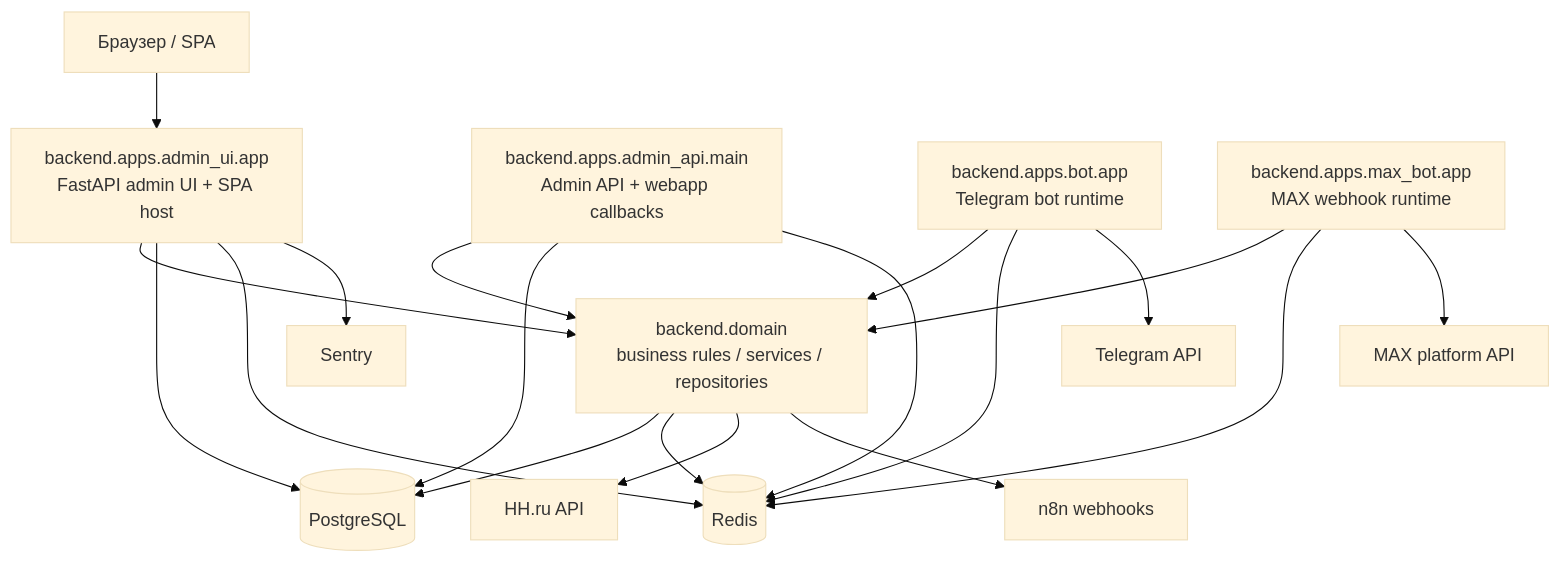
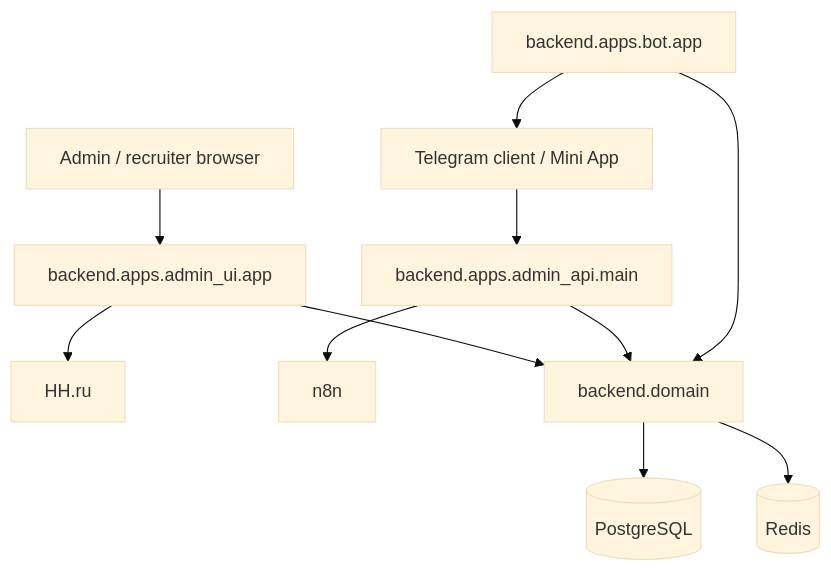
One commit to padka/HR changed the diagram in docs/architecture/overview.md. Above: the diagram before and after it, drawn with Mermaid (base theme). The commit also changed other lines of this file and 234 other files, not shown here.

Commit message:
feat(max): add bounded candidate runtime surfaces

````diff
--- a/docs/architecture/overview.md
+++ b/docs/architecture/overview.md
@@ -38,39 +36,25 @@
 ```mermaid
 flowchart TB
-    browser["Браузер / SPA"]
-    admin_ui["backend.apps.admin_ui.app<br/>FastAPI admin UI + SPA host"]
-    admin_api["backend.apps.admin_api.main<br/>Admin API + webapp callbacks"]
-    bot["backend.apps.bot.app<br/>Telegram bot runtime"]
-    max_bot["backend.apps.max_bot.app<br/>MAX webhook runtime"]
-    domain["backend.domain<br/>business rules / services / repositories"]
+    browser["Admin / recruiter browser"]
+    tg["Telegram client / Mini App"]
+    hh["HH.ru"]
+    n8n["n8n"]
+
+    admin_ui["backend.apps.admin_ui.app"]
+    admin_api["backend.apps.admin_api.main"]
+    bot["backend.apps.bot.app"]
+    domain["backend.domain"]
     db[("PostgreSQL")]
     redis[("Redis")]
-    telegram["Telegram API"]
-    max["MAX platform API"]
-    hh["HH.ru API"]
-    n8n["n8n webhooks"]
-    sentry["Sentry"]
 
     browser --> admin_ui
+    tg --> admin_api
     admin_ui --> domain
-    admin_ui --> db
-    admin_ui --> redis
-    admin_ui --> sentry
-
     admin_api --> domain
-    admin_api --> db
-    admin_api --> redis
-
     bot --> domain
-    bot --> redis
-    bot --> telegram
-
-    max_bot --> domain
-    max_bot --> redis
-    max_bot --> max
-
     domain --> db
     domain --> redis
-    domain --> hh
-    domain --> n8n
+    admin_ui --> hh
+    admin_api --> n8n
+    bot --> tg
 ```
````
